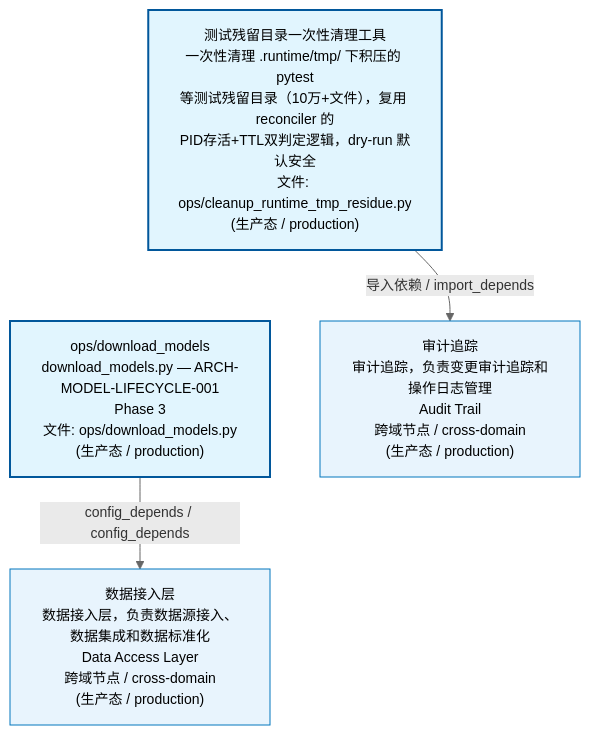
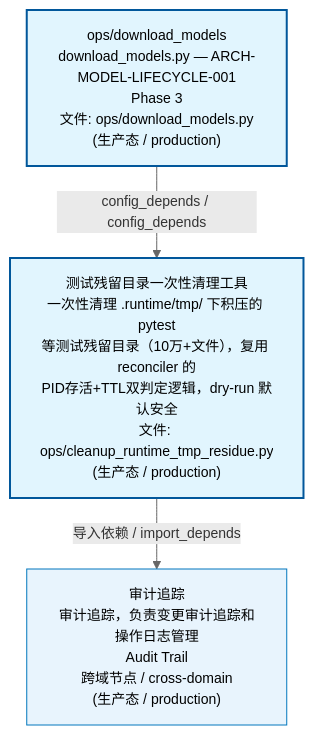
One commit to xuanFelixVan/ZephyrAlpha changed the first of 3 diagrams in docs/02_enterprise_architecture/02_domain_architecture_docs/04_d_infra_ops.md. Above: the diagram before and after it, drawn with Mermaid. The commit also changed other lines of this file and 55 other files, not shown here.

````diff
--- a/docs/02_enterprise_architecture/02_domain_architecture_docs/04_d_infra_ops.md
+++ b/docs/02_enterprise_architecture/02_domain_architecture_docs/04_d_infra_ops.md
@@ -53,17 +53,15 @@
 ```mermaid
 %%{init: {'theme': 'base', 'themeVariables': {'primaryColor': '#eaeaea', 'primaryTextColor': '#333333', 'primaryBorderColor': '#666666', 'lineColor': '#666666', 'secondaryColor': '#eaeaea', 'tertiaryColor': '#eaeaea', 'fontSize': '14px'}}}%%
 flowchart TD
+    scripts_ops_download_models_py["ops/download_models<br/>download_models.py — ARCH-MODEL-LIFECYCLE-001<br/>Phase 3<br/>文件: ops/download_models.py<br/>(生产态 / production)"]
     scripts_ops_cleanup_runtime_tmp_residue_py["测试残留目录一次性清理工具<br/>一次性清理 .runtime/tmp/ 下积压的 pytest<br/>等测试残留目录（10万+文件），复用 reconciler 的<br/>PID存活+TTL双判定逻辑，dry-run 默认安全<br/>文件: ops/cleanup_runtime_tmp_residue.py<br/>(生产态 / production)"]
-    scripts_ops_download_models_py["ops/download_models<br/>download_models.py — ARCH-MODEL-LIFECYCLE-001<br/>Phase 3<br/>文件: ops/download_models.py<br/>(生产态 / production)"]
-    scripts_ops_cleanup_runtime_tmp_residue_py ~~~ scripts_ops_download_models_py
+    scripts_ops_download_models_py -->|config_depends / config_depends| scripts_ops_cleanup_runtime_tmp_residue_py
     D_GOV_AUDIT["审计追踪<br/>审计追踪，负责变更审计追踪和操作日志管理<br/>Audit Trail<br/>跨域节点 / cross-domain<br/>(生产态 / production)"]
     scripts_ops_cleanup_runtime_tmp_residue_py -->|导入依赖 / import_depends| D_GOV_AUDIT
-    D_DATA["数据接入层<br/>数据接入层，负责数据源接入、数据集成和数据标准化<br/>Data Access Layer<br/>跨域节点 / cross-domain<br/>(生产态 / production)"]
-    scripts_ops_download_models_py -->|config_depends / config_depends| D_DATA
     classDef production fill:#e1f5fe,stroke:#01579b,stroke-width:2px,color:#000
     classDef design fill:#fff3e0,stroke:#e65100,stroke-width:2px,color:#000,stroke-dasharray: 5 5
     classDef external_prod fill:#e8f4fd,stroke:#0277bd,stroke-width:1px,color:#000
     classDef external_design fill:#fff8e7,stroke:#ef6c00,stroke-width:1px,color:#000,stroke-dasharray: 5 5
     class scripts_ops_cleanup_runtime_tmp_residue_py,scripts_ops_download_models_py production
-    class D_GOV_AUDIT,D_DATA external_prod
+    class D_GOV_AUDIT external_prod
 ```
````
